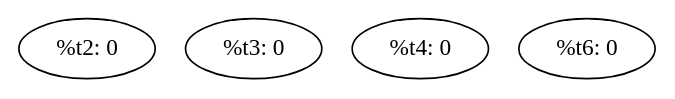
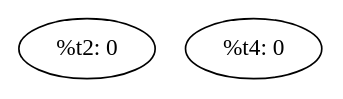
One commit to filimonq/tvdsl changed the diagram in homeworks/hw04/output/arithmetic/after_0_conflicts.dot. Above: the diagram before and after it, drawn with Graphviz. The commit also changed 11 other files, not shown here.

```diff
--- a/homeworks/hw04/output/arithmetic/after_0_conflicts.dot
+++ b/homeworks/hw04/output/arithmetic/after_0_conflicts.dot
@@ -1,6 +1,4 @@
 graph interference {
   "%t2" [label="%t2: 0"];
-  "%t3" [label="%t3: 0"];
   "%t4" [label="%t4: 0"];
-  "%t6" [label="%t6: 0"];
 }
```
